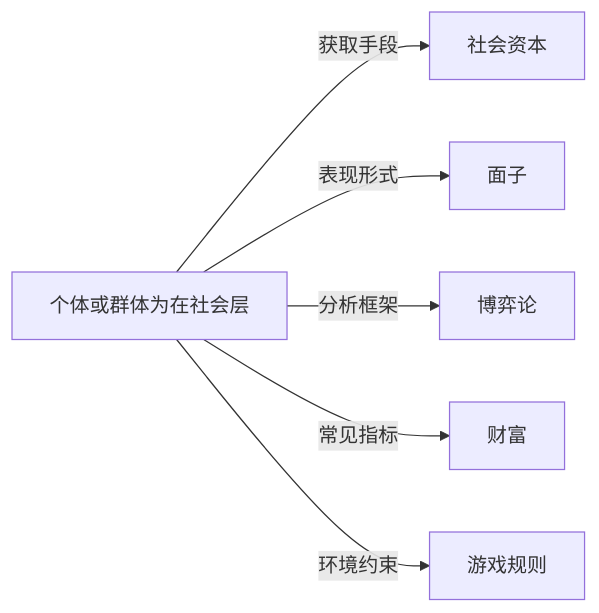
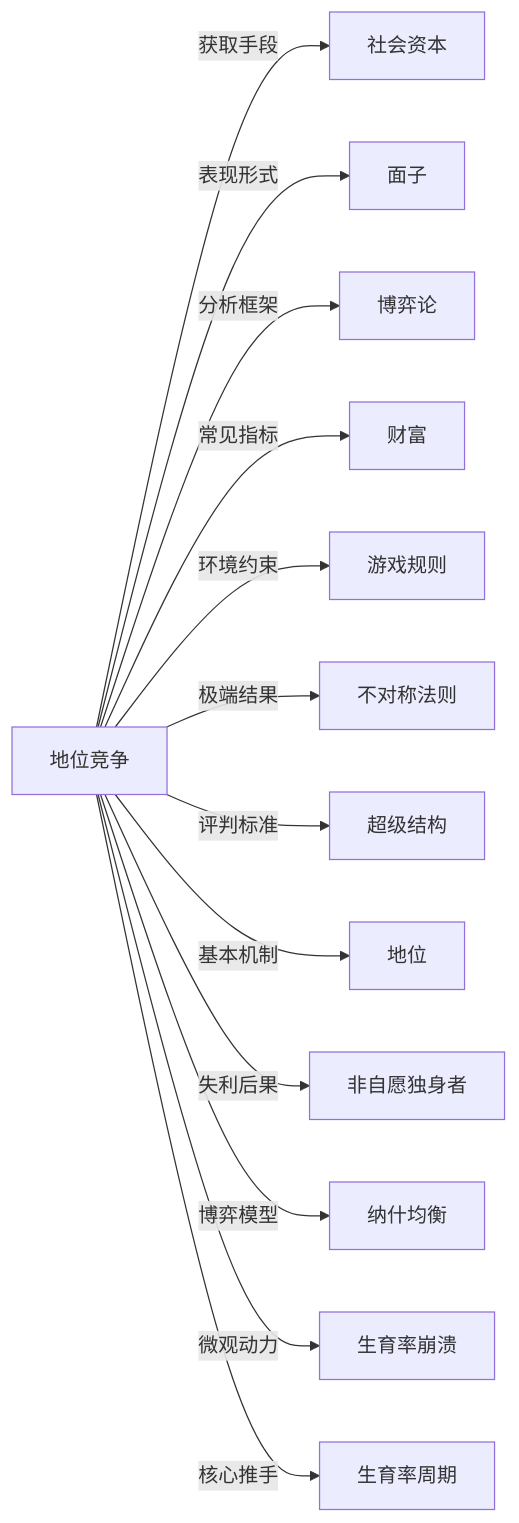
Before and after one commit to KIMMCHOW/MyKnowledge: the diagram in Knowledge/Concepts/社会学/地位竞争.md, drawn with Mermaid. The commit also changed 96 other files, not shown here.

Commit message:
fix: 修复概念页关系图节点并补齐缺失关联

````diff
--- a/Knowledge/Concepts/社会学/地位竞争.md
+++ b/Knowledge/Concepts/社会学/地位竞争.md
@@ -53,8 +53,15 @@
 ```mermaid
 graph LR
-    个体或群体为在社会层 -->|获取手段| 社会资本
-    个体或群体为在社会层 -->|表现形式| 面子
-    个体或群体为在社会层 -->|分析框架| 博弈论
-    个体或群体为在社会层 -->|常见指标| 财富
-    个体或群体为在社会层 -->|环境约束| 游戏规则
+地位竞争 -->|获取手段| 社会资本
+地位竞争 -->|表现形式| 面子
+地位竞争 -->|分析框架| 博弈论
+地位竞争 -->|常见指标| 财富
+地位竞争 -->|环境约束| 游戏规则
+地位竞争 -->|极端结果| 不对称法则
+地位竞争 -->|评判标准| 超级结构
+地位竞争 -->|基本机制| 地位
+地位竞争 -->|失利后果| 非自愿独身者
+地位竞争 -->|博弈模型| 纳什均衡
+地位竞争 -->|微观动力| 生育率崩溃
+地位竞争 -->|核心推手| 生育率周期
 ```
````
